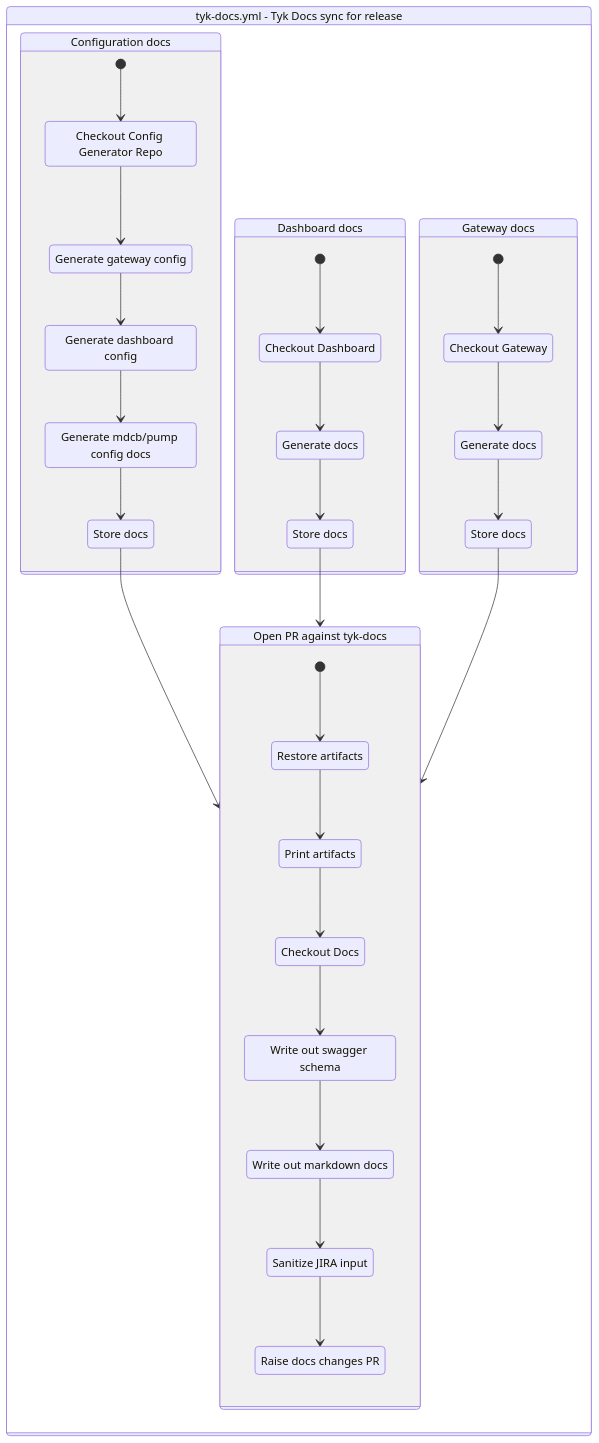
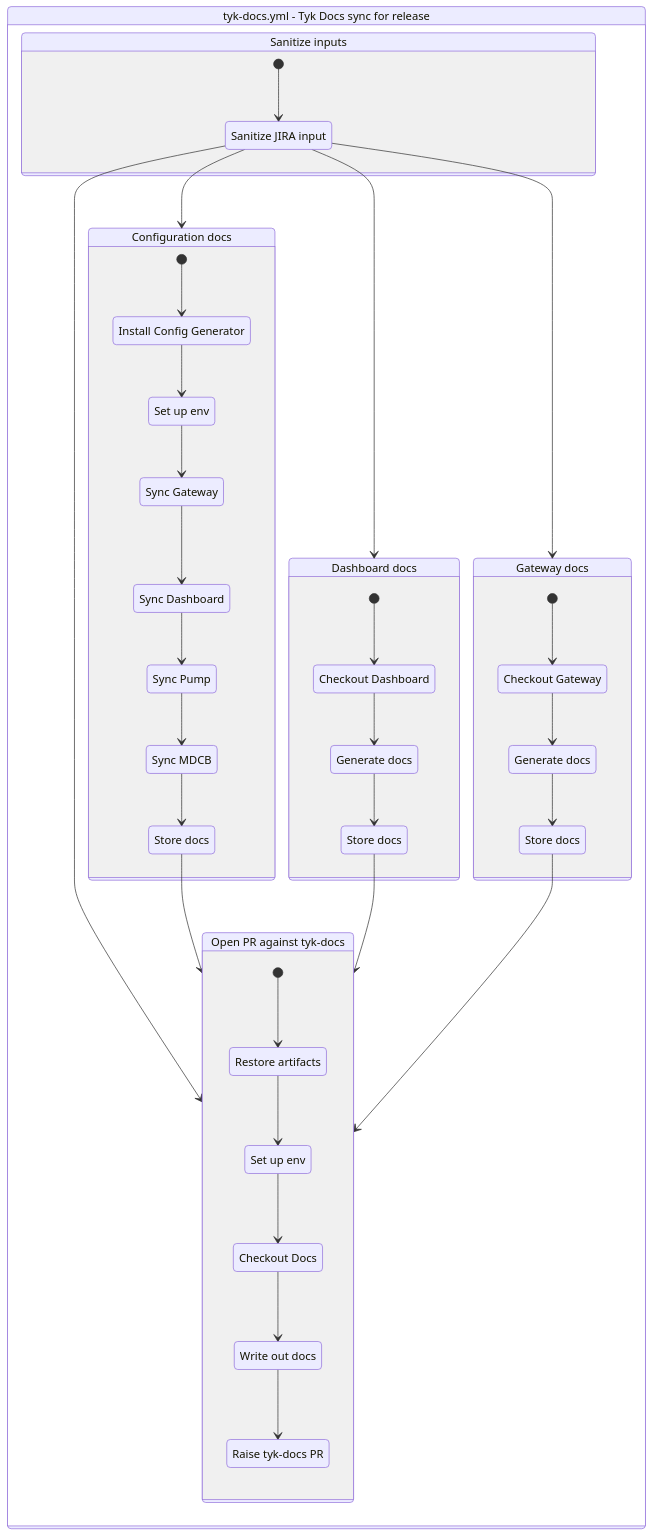
Before and after one commit to TykTechnologies/exp: the diagram in cmd/github-actions-viz/example/tyk-docs.yml.md, drawn with Mermaid. The commit also changed 6 other files, not shown here.

````diff
--- a/cmd/github-actions-viz/example/tyk-docs.yml.md
+++ b/cmd/github-actions-viz/example/tyk-docs.yml.md
@@ -3,60 +3,70 @@
 ```mermaid
 stateDiagram-v2
     workflow : tyk-docs.yml - Tyk Docs sync for release
     state workflow {
+        sanitize: Sanitize inputs
+        state sanitize {
+            [*] --> step0sanitize
+            step0sanitize : Sanitize JIRA input
+            step0sanitize --> configs
+            step0sanitize --> dashboard
+            step0sanitize --> finish
+            step0sanitize --> gateway
+        }
+
         configs: Configuration docs
         state configs {
             [*] --> step0configs
-            step0configs : Checkout Config Generator Repo
+            step0configs : Install Config Generator
             step0configs --> step1configs
-            step1configs : Generate gateway config
+            step1configs : Set up env
             step1configs --> step2configs
-            step2configs : Generate dashboard config
+            step2configs : Sync Gateway
             step2configs --> step3configs
-            step3configs : Generate mdcb/pump config docs
+            step3configs : Sync Dashboard
             step3configs --> step4configs
-            step4configs : Store docs
-            step4configs --> finish
+            step4configs : Sync Pump
+            step4configs --> step5configs
+            step5configs : Sync MDCB
+            step5configs --> step6configs
+            step6configs : Store docs
+            step6configs --> finish
         }
 
         dashboard: Dashboard docs
         state dashboard {
             [*] --> step0dashboard
             step0dashboard : Checkout Dashboard
             step0dashboard --> step1dashboard
             step1dashboard : Generate docs
             step1dashboard --> step2dashboard
             step2dashboard : Store docs
             step2dashboard --> finish
         }
 
         gateway: Gateway docs
         state gateway {
             [*] --> step0gateway
             step0gateway : Checkout Gateway
             step0gateway --> step1gateway
             step1gateway : Generate docs
             step1gateway --> step2gateway
             step2gateway : Store docs
             step2gateway --> finish
         }
 
         finish: Open PR against tyk-docs
         state finish {
             [*] --> step0finish
             step0finish : Restore artifacts
             step0finish --> step1finish
-            step1finish : Print artifacts
+            step1finish : Set up env
             step1finish --> step2finish
             step2finish : Checkout Docs
             step2finish --> step3finish
-            step3finish : Write out swagger schema
+            step3finish : Write out docs
             step3finish --> step4finish
-            step4finish : Write out markdown docs
-            step4finish --> step5finish
-            step5finish : Sanitize JIRA input
-            step5finish --> step6finish
-            step6finish : Raise docs changes PR
+            step4finish : Raise tyk-docs PR
         }
     }
 ```
````
